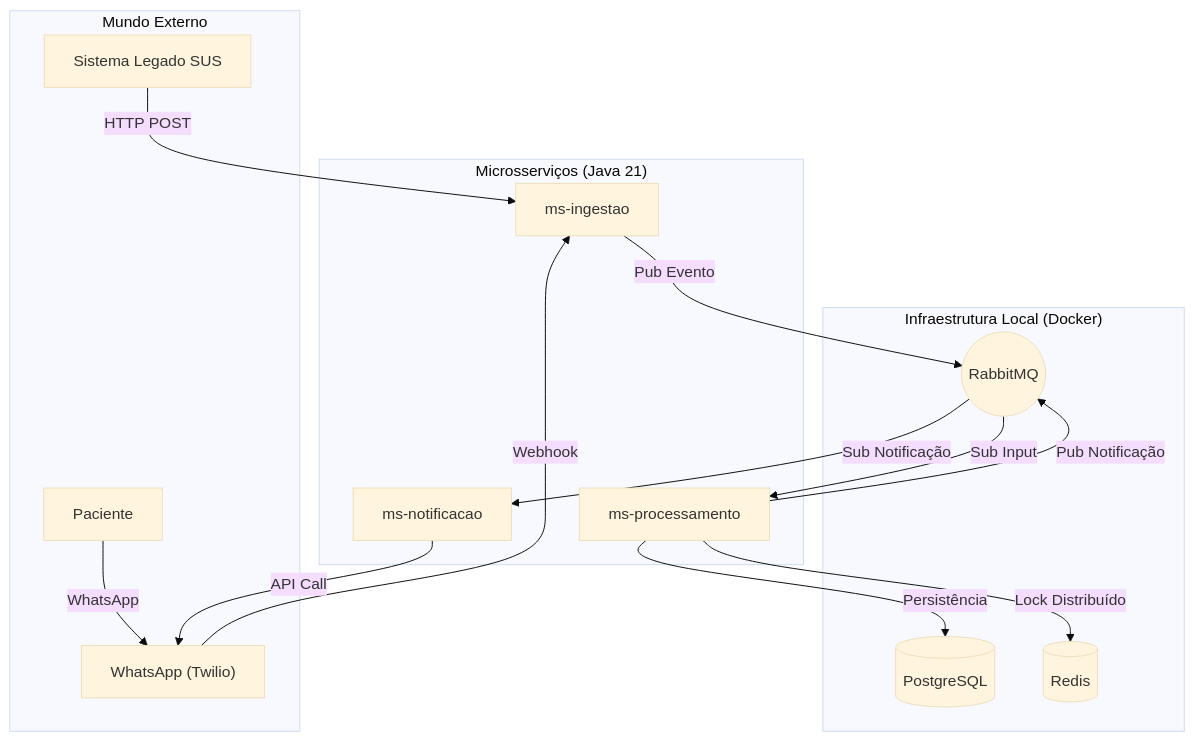
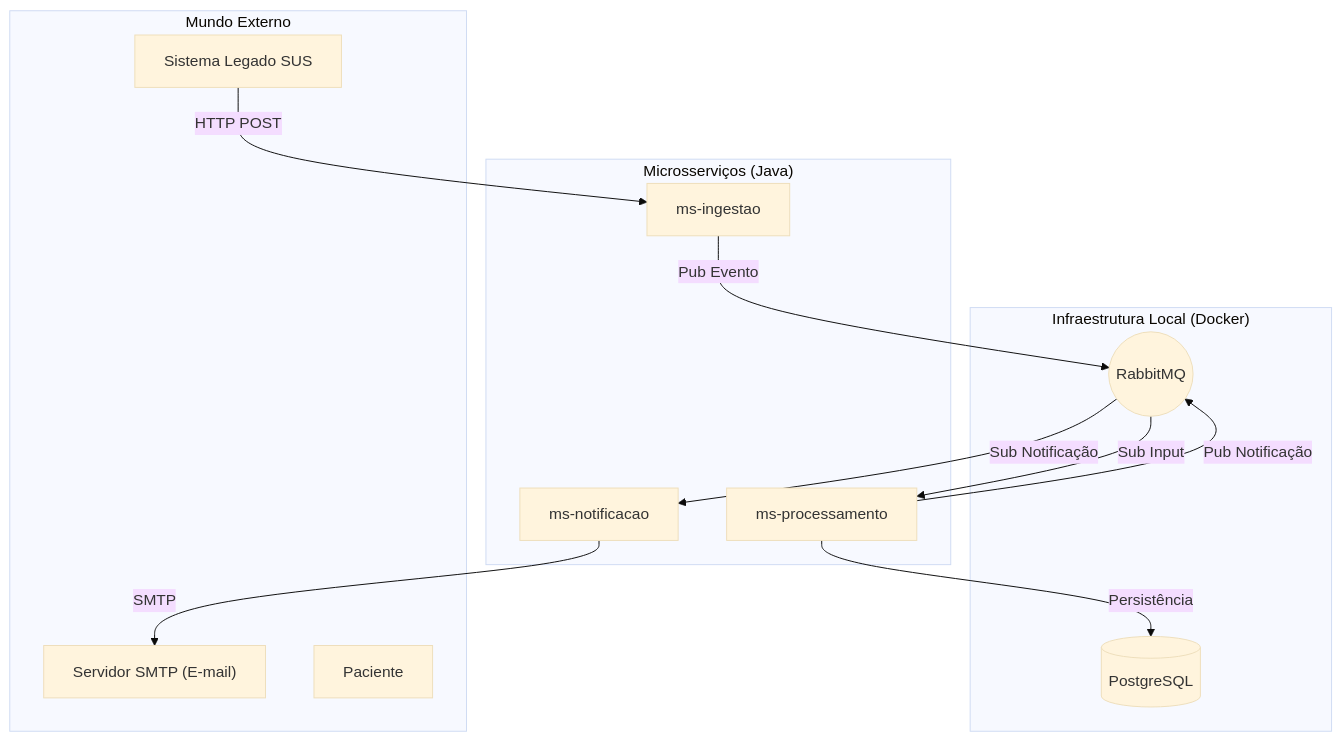
The diagram in README.md (FIAP-7/HACKATON), drawn with Mermaid (base theme) before and after one commit. The commit also changed other lines of this file and 1 other file, not shown here.

````diff
--- a/README.md
+++ b/README.md
@@ -26,36 +26,32 @@
 ```mermaid
 graph TD
 
     subgraph Mundo_Externo["Mundo Externo"]
         Legado["Sistema Legado SUS"]
-        Zap["WhatsApp (Twilio)"]
+        Email["Servidor SMTP (E-mail)"]
         User["Paciente"]
     end
 
     subgraph Infra_Local["Infraestrutura Local (Docker)"]
         RabbitMQ(("RabbitMQ"))
         Postgres[("PostgreSQL")]
-        Redis[("Redis")]
     end
 
-    subgraph Microsservicos["Microsserviços (Java 21)"]
+    subgraph Microsservicos["Microsserviços (Java)"]
         MS_Ingestao["ms-ingestao"]
         MS_Processamento["ms-processamento"]
         MS_Notificacao["ms-notificacao"]
     end
 
     %% Fluxos
     Legado -->|HTTP POST| MS_Ingestao
-    User -->|WhatsApp| Zap
-    Zap -->|Webhook| MS_Ingestao
 
     MS_Ingestao -->|Pub Evento| RabbitMQ
 
     RabbitMQ -->|Sub Input| MS_Processamento
     MS_Processamento -->|Persistência| Postgres
-    MS_Processamento -->|Lock Distribuído| Redis
     MS_Processamento -->|Pub Notificação| RabbitMQ
 
     RabbitMQ -->|Sub Notificação| MS_Notificacao
-    MS_Notificacao -->|API Call| Zap
+    MS_Notificacao -->|SMTP| Email
 ```
````
